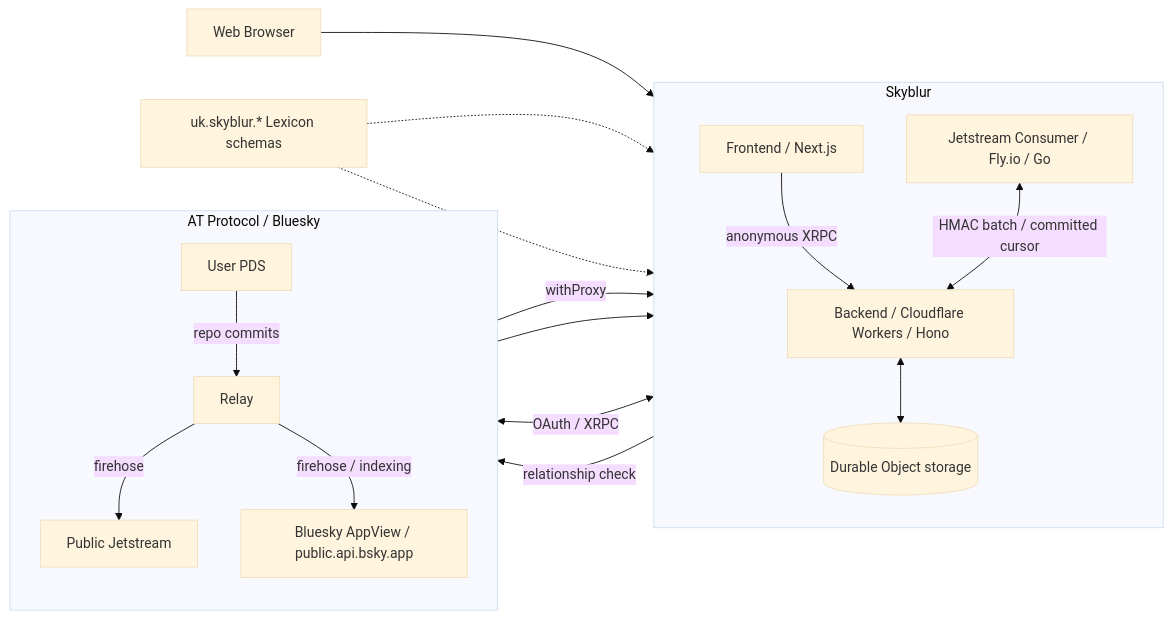
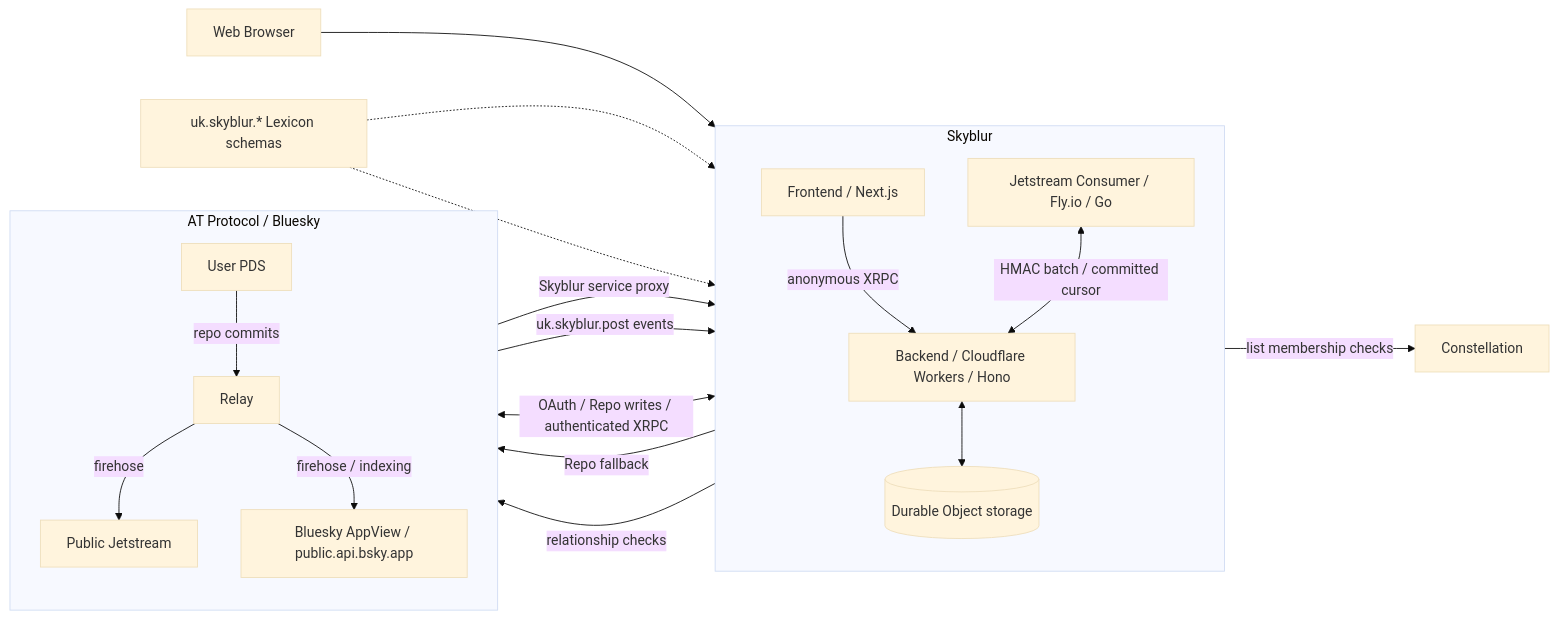
One commit to usounds/Skyblur changed the first of 4 diagrams in README.md. Above: the diagram before and after it, drawn with Mermaid (base theme).

Commit message:
fix : わかりやすく

````diff
--- a/README.md
+++ b/README.md
@@ -10,38 +10,39 @@
 ```mermaid
 flowchart LR
     Browser["Web Browser"]
 
     subgraph Skyblur["Skyblur"]
         direction TB
         Frontend["Frontend / Next.js"]
         Backend["Backend / Cloudflare Workers / Hono"]
         Consumer["Jetstream Consumer / Fly.io / Go"]
         Storage[("Durable Object storage")]
-
-        Frontend -->|"anonymous XRPC"| Backend
-        Consumer <-->|"HMAC batch / committed cursor"| Backend
-        Backend <--> Storage
     end
 
     subgraph ATProtocol["AT Protocol / Bluesky"]
         direction TB
         PDS["User PDS"]
         Relay["Relay"]
         Jetstream["Public Jetstream"]
         PublicAPI["Bluesky AppView / public.api.bsky.app"]
-
-        PDS -->|"repo commits"| Relay
-        Relay -->|"firehose"| Jetstream
-        Relay -->|"firehose / indexing"| PublicAPI
     end
 
+    Constellation["Constellation"]
     Lexicons["uk.skyblur.* Lexicon schemas"]
 
     Browser --> Frontend
-    Frontend <-->|"OAuth / XRPC"| PDS
-    PDS -->|"withProxy"| Backend
-    Backend -->|"relationship check"| PublicAPI
-    Jetstream --> Consumer
+    Frontend -->|"anonymous XRPC"| Backend
+    Frontend <-->|"OAuth / Repo writes / authenticated XRPC"| PDS
+    PDS -->|"Skyblur service proxy"| Backend
+    Backend -->|"Repo fallback"| PDS
+    Backend <--> Storage
+    Backend -->|"relationship checks"| PublicAPI
+    Backend -->|"list membership checks"| Constellation
+    PDS -->|"repo commits"| Relay
+    Relay -->|"firehose"| Jetstream
+    Relay -->|"firehose / indexing"| PublicAPI
+    Jetstream -->|"uk.skyblur.post events"| Consumer
+    Consumer <-->|"HMAC batch / committed cursor"| Backend
     Lexicons -.-> Frontend
     Lexicons -.-> Backend
 ```
````
